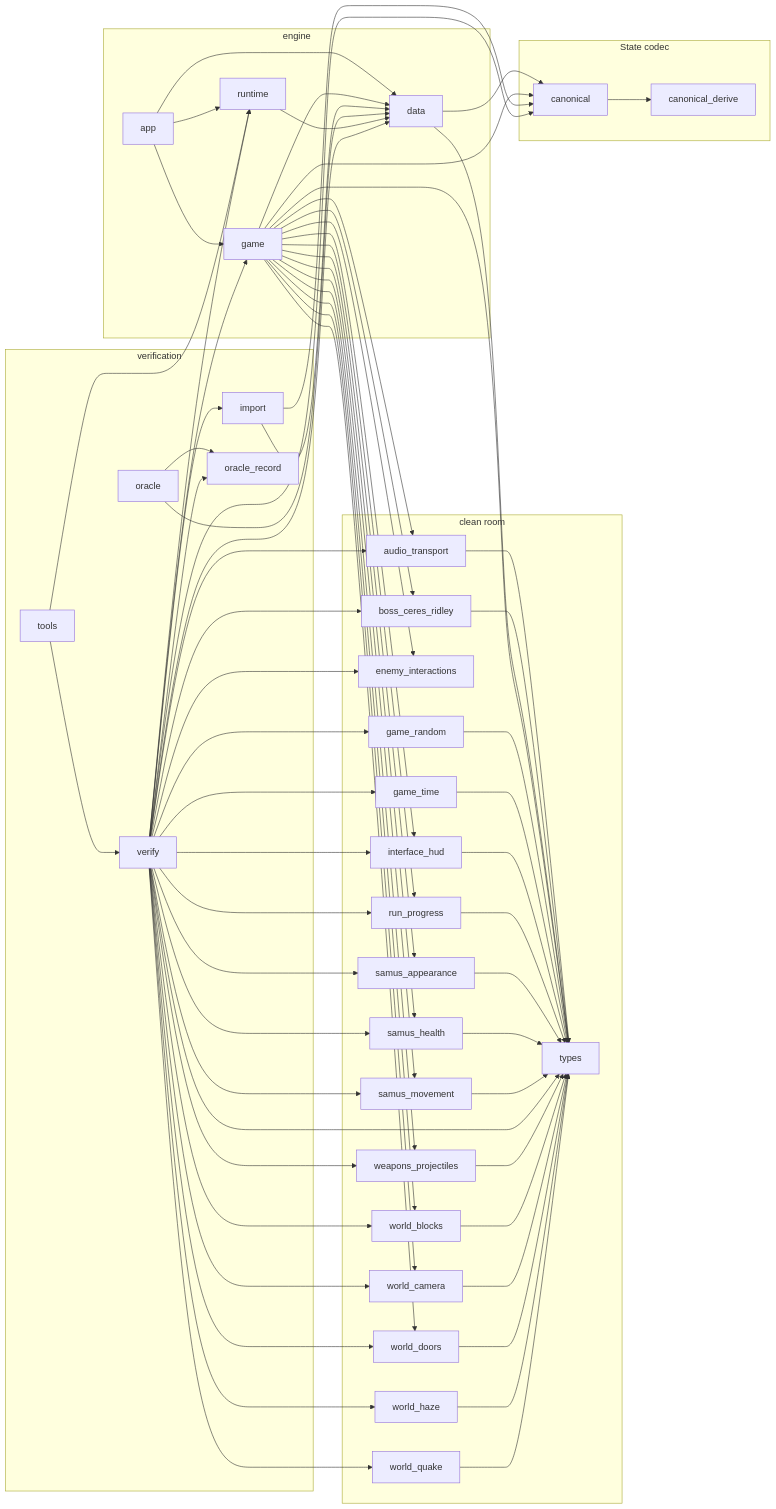
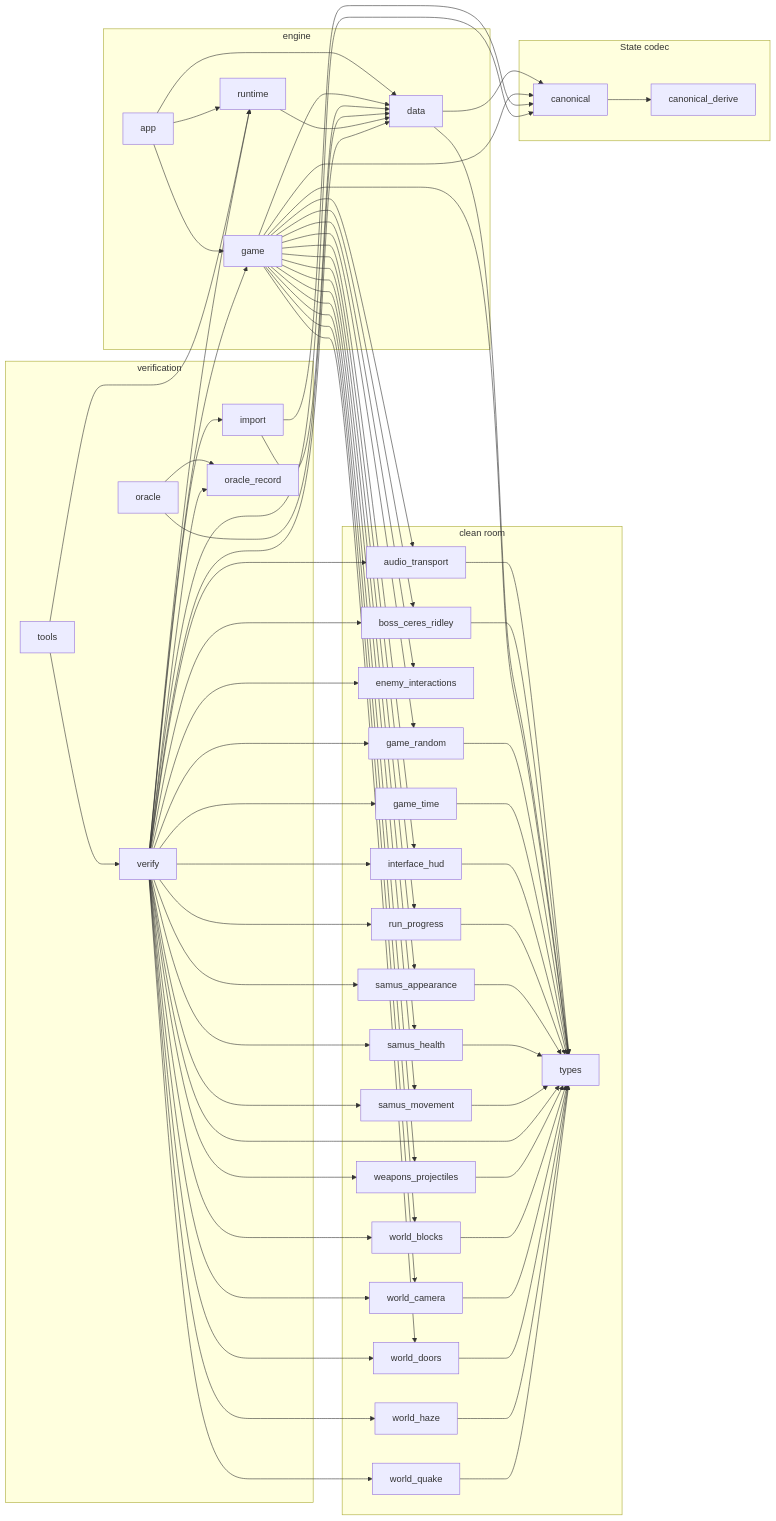
One commit to JimLundin/sm-decomp changed the second of 18 diagrams in docs/REPORT.md. Above: the diagram before and after it, drawn with Mermaid. The commit also changed other lines of this file and 40 other files, not shown here.

```diff
--- a/docs/REPORT.md
+++ b/docs/REPORT.md
@@ -958,6 +963,7 @@
   c_game --> c_canonical
   c_game --> c_data
   c_game --> c_enemy_interactions
+  c_game --> c_game_random
   c_game --> c_interface_hud
   c_game --> c_run_progress
   c_game --> c_samus_appearance
```
